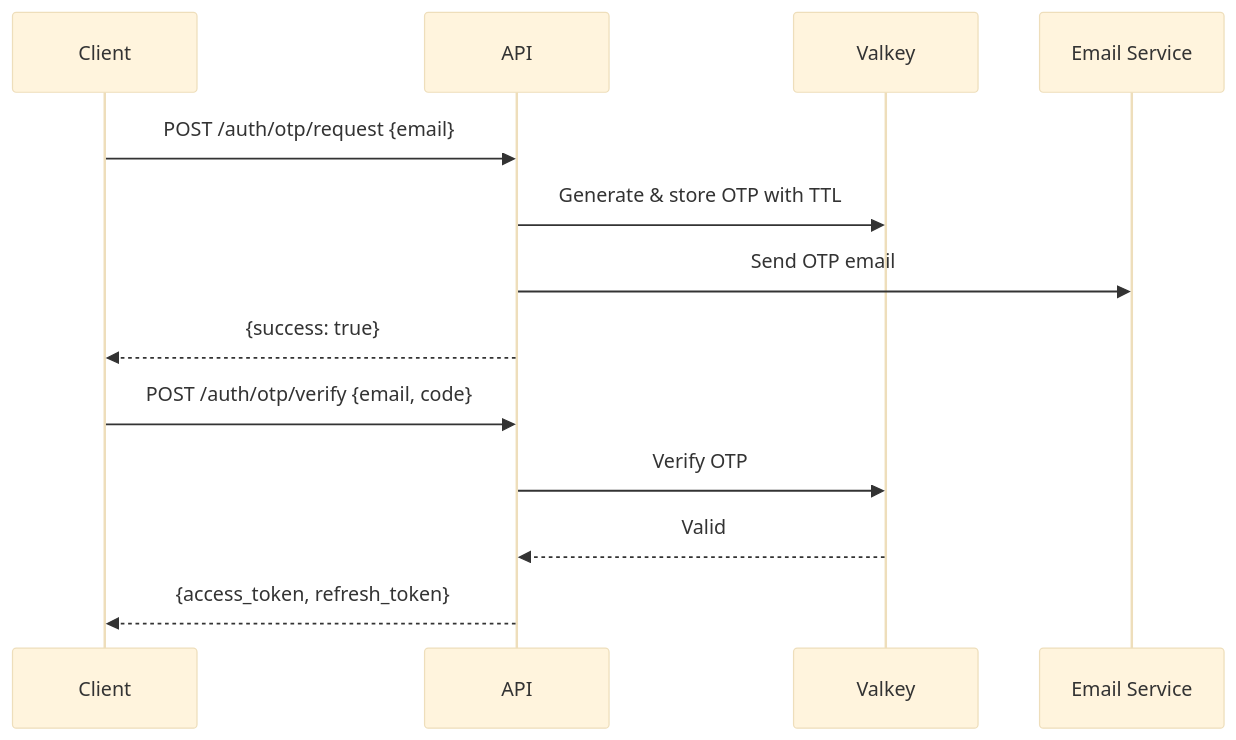
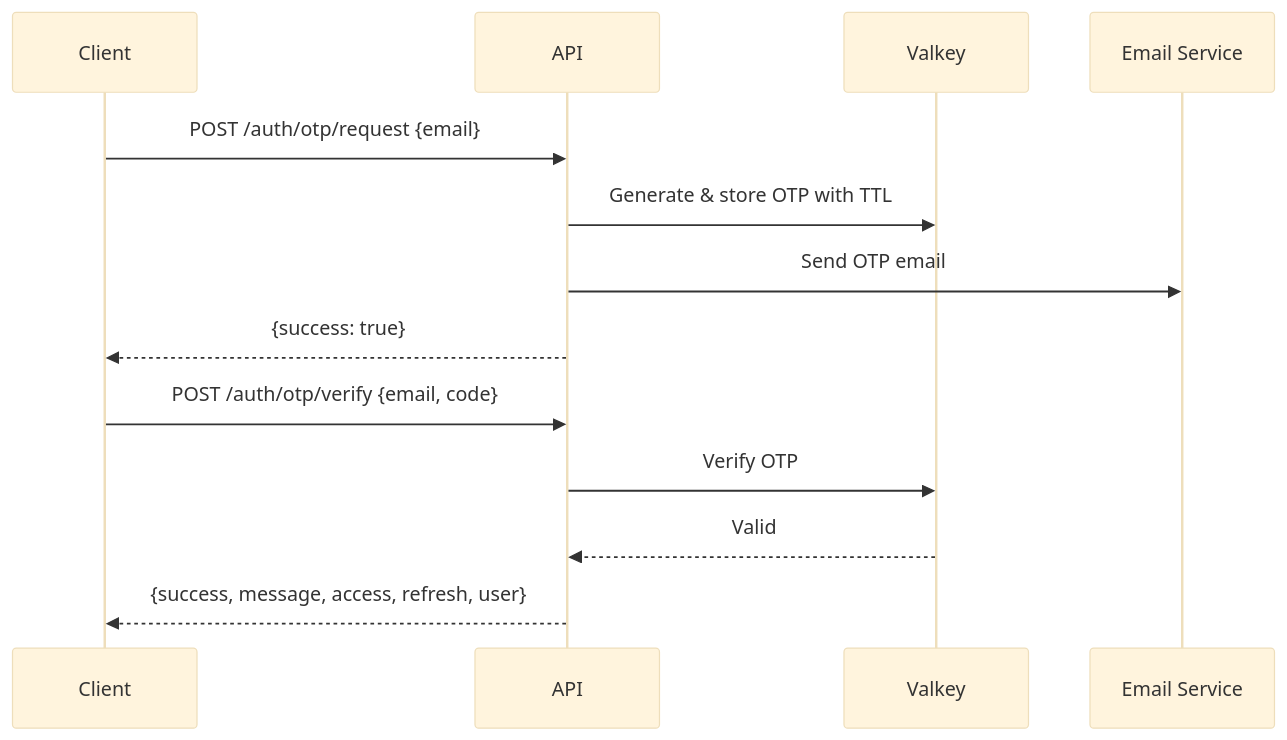
The ninth of 12 diagrams in docs/ARCHITECTURE.md (mattjaikaran/django-ninja-boilerplate), drawn with Mermaid (base theme) before and after one commit. The commit also changed other lines of this file and 6 other files, not shown here.

First line of the commit message:
fix(graphql): Make the generated app start

````diff
--- a/docs/ARCHITECTURE.md
+++ b/docs/ARCHITECTURE.md
@@ -418,17 +418,17 @@
 ```mermaid
 sequenceDiagram
     participant C as Client
     participant API as API
     participant R as Valkey
     participant E as Email Service
 
     C->>API: POST /auth/otp/request {email}
     API->>R: Generate & store OTP with TTL
     API->>E: Send OTP email
     API-->>C: {success: true}
 
     C->>API: POST /auth/otp/verify {email, code}
     API->>R: Verify OTP
     R-->>API: Valid
-    API-->>C: {access_token, refresh_token}
+    API-->>C: {success, message, access, refresh, user}
 ```
````
